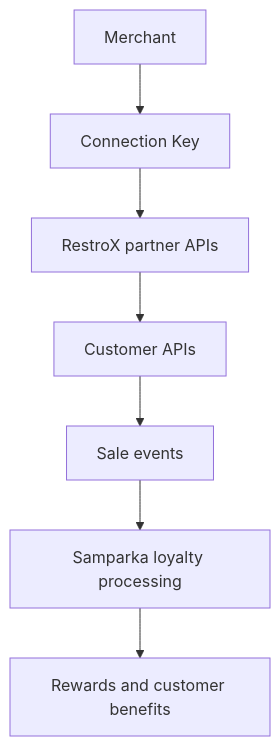
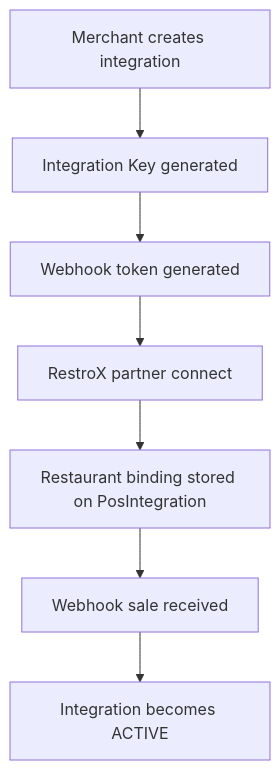
The diagram in integrations/restrox/native/architecture.mdx (krischal07/docs), drawn with Mermaid before and after one commit. The commit also changed other lines of this file and 77 other files, not shown here.

````diff
--- a/integrations/restrox/native/architecture.mdx
+++ b/integrations/restrox/native/architecture.mdx
@@ -22,9 +11,9 @@
 ```mermaid
 flowchart TD
-  A["Merchant"] --> B["Connection Key"]
-  B --> C["RestroX partner APIs"]
-  C --> D["Customer APIs"]
-  D --> E["Sale events"]
-  E --> F["Samparka loyalty processing"]
-  F --> G["Rewards and customer benefits"]
+  A["Merchant creates integration"] --> B["Integration Key generated"]
+  B --> C["Webhook token generated"]
+  C --> D["RestroX partner connect"]
+  D --> E["Restaurant binding stored on PosIntegration"]
+  E --> F["Webhook sale received"]
+  F --> G["Integration becomes ACTIVE"]
 ```
````
